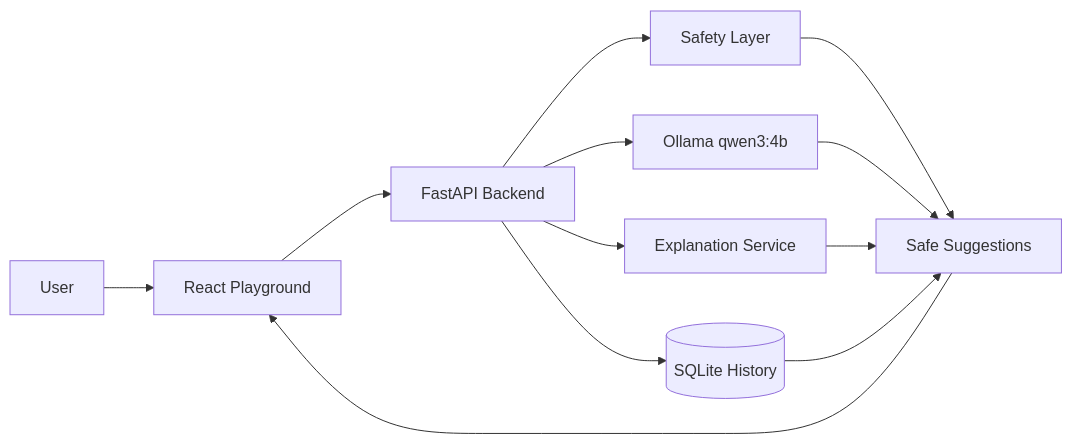
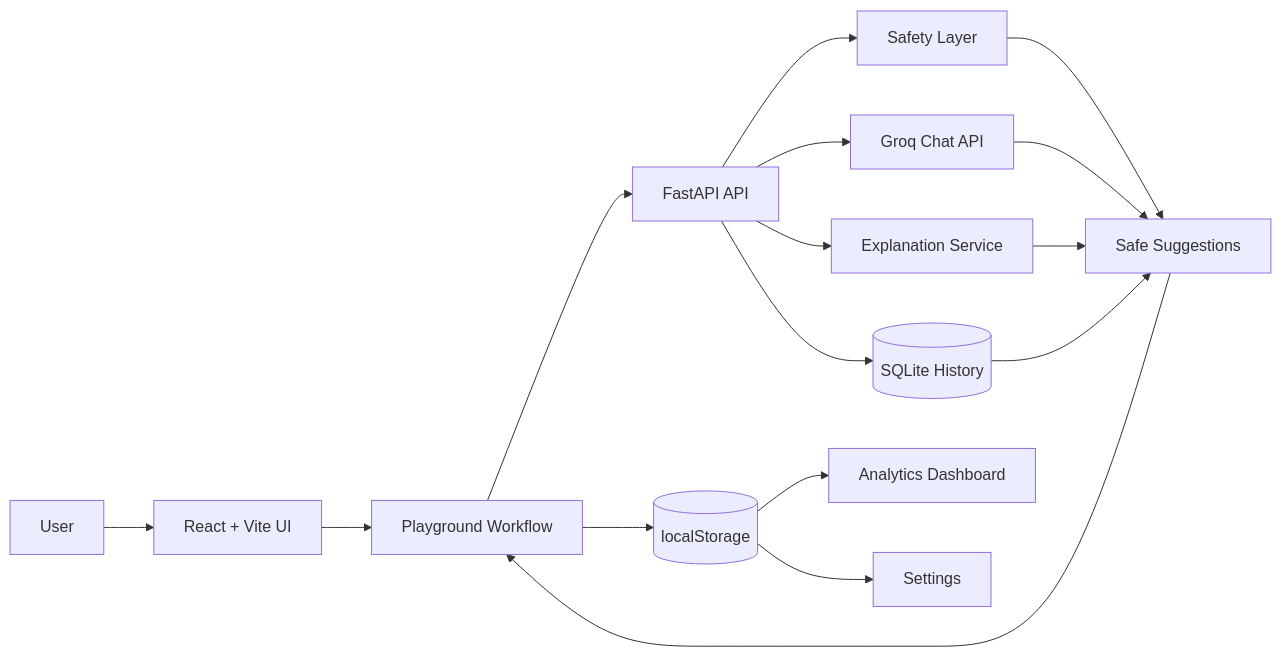
Before and after one commit to DevAnurag9/CmdPilot: the diagram in README.md, drawn with Mermaid. The commit also changed other lines of this file and 25 other files, not shown here.

````diff
--- a/README.md
+++ b/README.md
@@ -67,14 +57,18 @@
 ```mermaid
 flowchart LR
-    User[User] --> Frontend[React Playground]
-    Frontend --> API[FastAPI Backend]
+    User[User] --> UI[React + Vite UI]
+    UI --> Playground[Playground Workflow]
+    Playground --> LocalStore[(localStorage)]
+    Playground --> API[FastAPI API]
     API --> Safety[Safety Layer]
-    API --> AI[Ollama qwen3:4b]
+    API --> Groq[Groq Chat API]
     API --> Explain[Explanation Service]
     API --> DB[(SQLite History)]
     Safety --> Response[Safe Suggestions]
-    AI --> Response
+    Groq --> Response
     Explain --> Response
     DB --> Response
-    Response --> Frontend
+    Response --> Playground
+    LocalStore --> Dashboard[Analytics Dashboard]
+    LocalStore --> Settings[Settings]
 ```
````
